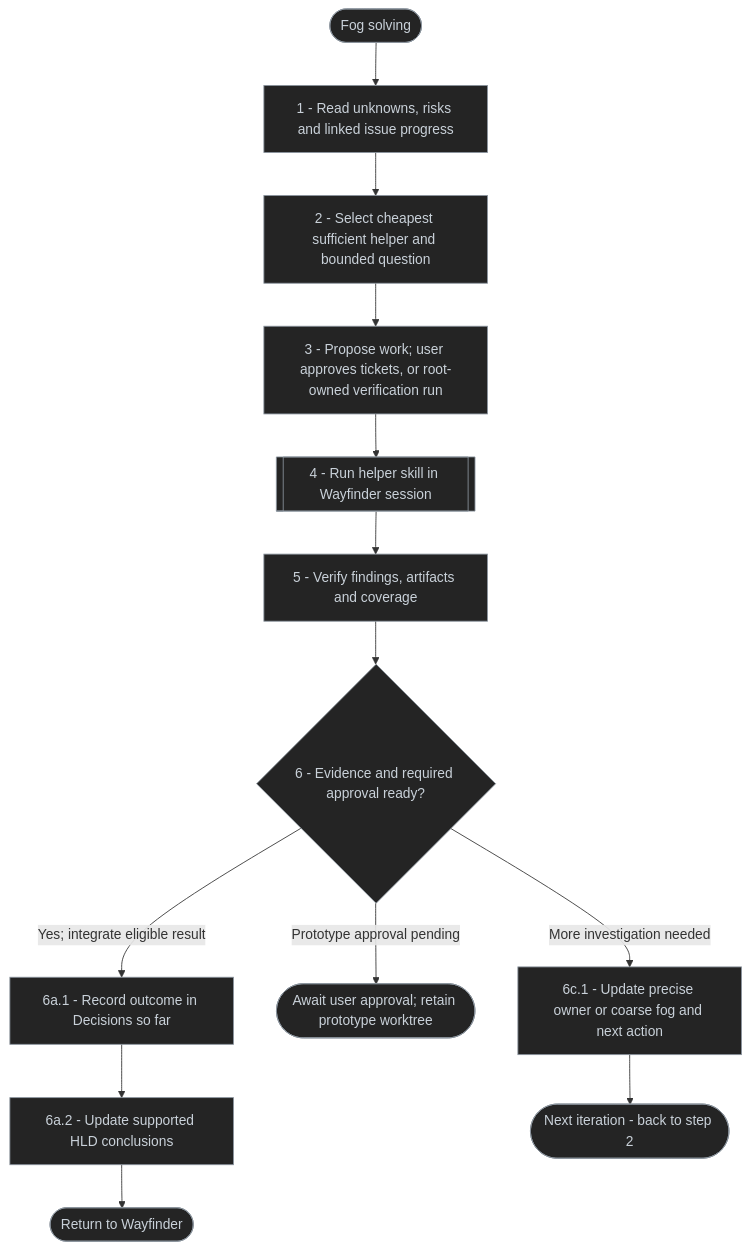
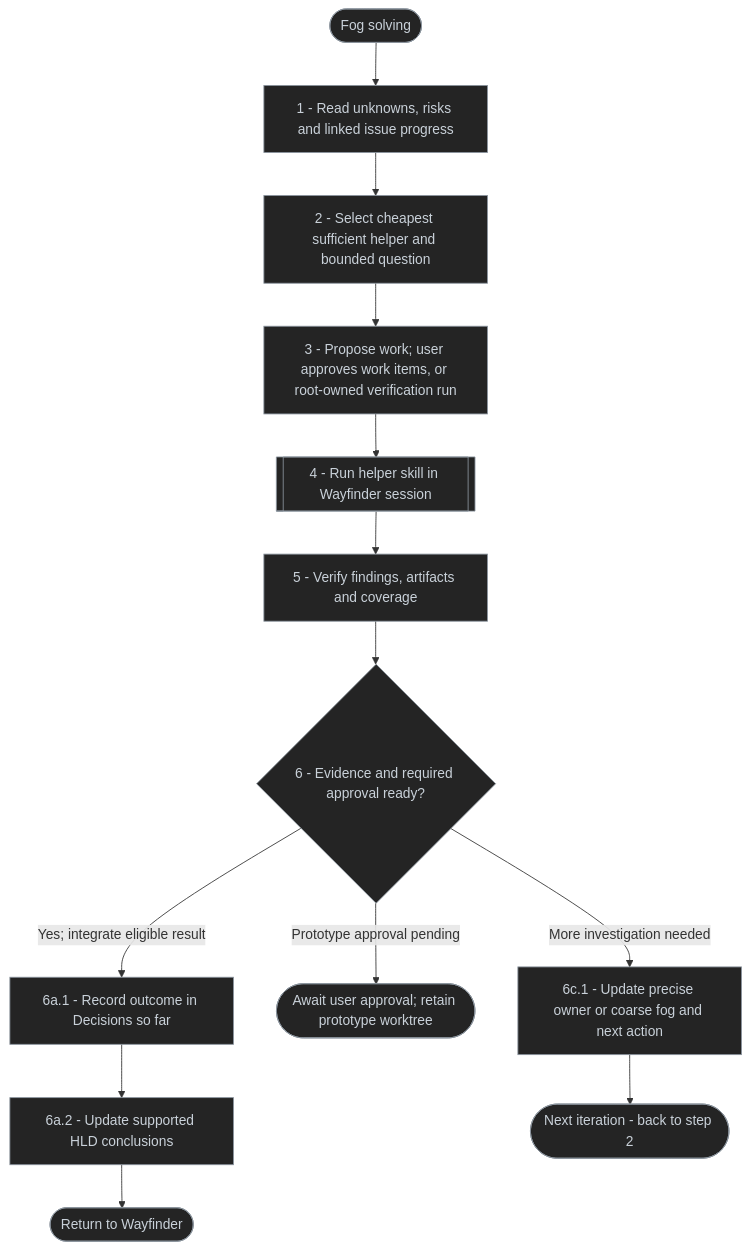
One commit to antshc/brain changed the fourth of 5 diagrams in plugins/wf/skills/design/README.md. Above: the diagram before and after it, drawn with Mermaid. The commit also changed other lines of this file and 90 other files, not shown here.

````diff
--- a/plugins/wf/skills/design/README.md
+++ b/plugins/wf/skills/design/README.md
@@ -103,24 +103,24 @@
 ```mermaid
 %% diagram-id: design-wayfinder-fog-solving-flow
 flowchart TD
     start(["Fog solving"])
     read["1 - Read unknowns, risks and linked issue progress"]
     select["2 - Select cheapest sufficient helper and bounded question"]
-    work["3 - Propose work; user approves tickets, or root-owned verification run"]
+    work["3 - Propose work; user approves work items, or root-owned verification run"]
     spawn[["4 - Run helper skill in Wayfinder session"]]
     verify["5 - Verify findings, artifacts and coverage"]
     outcome{"6 - Evidence and required approval ready?"}
     clear["6a.1 - Record outcome in Decisions so far"]
     update["6a.2 - Update supported HLD conclusions"]
     waitApproval(["Await user approval; retain prototype worktree"])
     remain["6c.1 - Update precise owner or coarse fog and next action"]
     repeat(["Next iteration - back to step 2"])
     finish(["Return to Wayfinder"])
 
     start --> read --> select --> work --> spawn --> verify --> outcome
     outcome -- "Yes; integrate eligible result" --> clear --> update --> finish
     outcome -- "Prototype approval pending" --> waitApproval
     outcome -- "More investigation needed" --> remain --> repeat
 
     classDef default fill:#242424,stroke:#8b949e,color:#c9d1d9,stroke-width:1px
 ```
````
